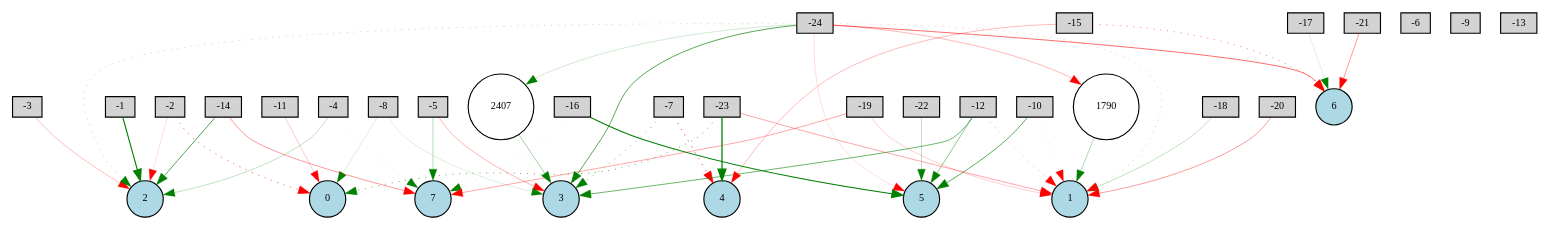
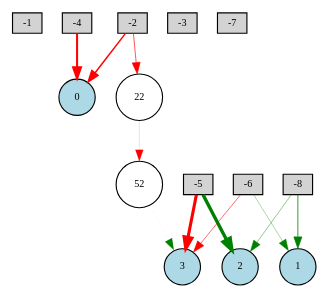
One commit to BhargavaGowda/NEAT-GymPython changed the diagram in Digraph.gv. Above: the diagram before and after it, drawn with Graphviz. The commit also changed 22 other files, not shown here.

```diff
--- a/Digraph.gv
+++ b/Digraph.gv
@@ -1,80 +1,28 @@
 digraph {
 	node [fontsize=9 height=0.2 shape=circle width=0.2]
 	-1 [fillcolor=lightgray shape=box style=filled]
 	-2 [fillcolor=lightgray shape=box style=filled]
 	-3 [fillcolor=lightgray shape=box style=filled]
 	-4 [fillcolor=lightgray shape=box style=filled]
 	-5 [fillcolor=lightgray shape=box style=filled]
 	-6 [fillcolor=lightgray shape=box style=filled]
 	-7 [fillcolor=lightgray shape=box style=filled]
 	-8 [fillcolor=lightgray shape=box style=filled]
-	-9 [fillcolor=lightgray shape=box style=filled]
-	-10 [fillcolor=lightgray shape=box style=filled]
-	-11 [fillcolor=lightgray shape=box style=filled]
-	-12 [fillcolor=lightgray shape=box style=filled]
-	-13 [fillcolor=lightgray shape=box style=filled]
-	-14 [fillcolor=lightgray shape=box style=filled]
-	-15 [fillcolor=lightgray shape=box style=filled]
-	-16 [fillcolor=lightgray shape=box style=filled]
-	-17 [fillcolor=lightgray shape=box style=filled]
-	-18 [fillcolor=lightgray shape=box style=filled]
-	-19 [fillcolor=lightgray shape=box style=filled]
-	-20 [fillcolor=lightgray shape=box style=filled]
-	-21 [fillcolor=lightgray shape=box style=filled]
-	-22 [fillcolor=lightgray shape=box style=filled]
-	-23 [fillcolor=lightgray shape=box style=filled]
-	-24 [fillcolor=lightgray shape=box style=filled]
 	0 [fillcolor=lightblue style=filled]
 	1 [fillcolor=lightblue style=filled]
 	2 [fillcolor=lightblue style=filled]
 	3 [fillcolor=lightblue style=filled]
-	4 [fillcolor=lightblue style=filled]
-	5 [fillcolor=lightblue style=filled]
-	6 [fillcolor=lightblue style=filled]
-	7 [fillcolor=lightblue style=filled]
-	2407 [fillcolor=white style=filled]
-	1790 [fillcolor=white style=filled]
-	-12 -> 5 [color=green penwidth=0.3890259513497506 style=solid]
-	-12 -> 3 [color=green penwidth=0.5115839260182323 style=solid]
-	-5 -> 3 [color=red penwidth=0.269239730042509 style=solid]
-	-2 -> 0 [color=red penwidth=0.5553057104654424 style=dotted]
-	-10 -> 5 [color=green penwidth=0.5702083500399008 style=solid]
-	-8 -> 3 [color=green penwidth=0.12188542884473799 style=solid]
-	-11 -> 0 [color=red penwidth=0.1946585438116456 style=solid]
-	-23 -> 1 [color=red penwidth=0.3083772445519988 style=solid]
-	-24 -> 5 [color=red penwidth=0.12133671520516962 style=solid]
-	-3 -> 2 [color=red penwidth=0.23092668751285816 style=solid]
-	-20 -> 1 [color=red penwidth=0.3493601803961627 style=solid]
-	-10 -> 1 [color=red penwidth=0.12579575765907436 style=dotted]
-	-1 -> 2 [color=green penwidth=0.9716676680324449 style=solid]
-	-18 -> 1 [color=green penwidth=0.21654064078978724 style=solid]
-	-19 -> 1 [color=red penwidth=0.17411892186948452 style=solid]
-	-24 -> 2 [color=green penwidth=0.22685820445801863 style=dotted]
-	-24 -> 3 [color=green penwidth=0.5898319025288228 style=solid]
-	-4 -> 2 [color=green penwidth=0.21782330810028355 style=solid]
-	-7 -> 4 [color=red penwidth=0.6798279334227355 style=dotted]
-	-8 -> 0 [color=green penwidth=0.12426359549254644 style=solid]
-	-15 -> 6 [color=red penwidth=0.4201139465903714 style=dotted]
-	-22 -> 5 [color=green penwidth=0.21730207439196675 style=solid]
-	-24 -> 1 [color=red penwidth=0.21524996846796857 style=dotted]
-	-14 -> 2 [color=green penwidth=0.6213057231214735 style=solid]
-	-23 -> 0 [color=green penwidth=0.5098852880487974 style=dotted]
-	-14 -> 7 [color=red penwidth=0.3616883844963691 style=solid]
-	-15 -> 4 [color=red penwidth=0.2435462404662835 style=solid]
-	-2 -> 2 [color=red penwidth=0.12305000233256369 style=solid]
-	-16 -> 5 [color=green penwidth=0.927148400804262 style=solid]
-	-16 -> 7 [color=green penwidth=0.12701452839973112 style=dotted]
-	-12 -> 1 [color=red penwidth=0.2903621084637995 style=dotted]
-	-19 -> 7 [color=red penwidth=0.31481105368271234 style=solid]
-	-23 -> 4 [color=green penwidth=1.118938333018458 style=solid]
-	-4 -> 7 [color=green penwidth=0.1299664901790024 style=dotted]
-	-21 -> 6 [color=red penwidth=0.3606450985530584 style=solid]
-	-24 -> 6 [color=red penwidth=0.5138028110699129 style=solid]
-	-7 -> 3 [color=green penwidth=0.4399563455351865 style=dotted]
-	-24 -> 1790 [color=red penwidth=0.25147301979273884 style=solid]
-	1790 -> 1 [color=green penwidth=0.29203590671818414 style=solid]
-	-24 -> 2407 [color=green penwidth=0.16309882177222146 style=solid]
-	2407 -> 3 [color=green penwidth=0.3225051052212691 style=solid]
-	-17 -> 6 [color=green penwidth=0.10734941804247627 style=solid]
-	-5 -> 7 [color=green penwidth=0.26153965462734186 style=solid]
+	52 [fillcolor=white style=filled]
+	22 [fillcolor=white style=filled]
+	-5 -> 2 [color=green penwidth=3.0086959065571985 style=solid]
+	-5 -> 3 [color=red penwidth=2.735663305529491 style=solid]
+	-8 -> 1 [color=green penwidth=0.7110553825017236 style=solid]
+	-2 -> 22 [color=red penwidth=0.5892933871724075 style=solid]
+	-8 -> 2 [color=green penwidth=0.38281276358105676 style=solid]
+	-4 -> 0 [color=red penwidth=1.8083926740161815 style=solid]
+	22 -> 52 [color=red penwidth=0.1251470937356992 style=solid]
+	52 -> 3 [color=green penwidth=0.10352478172416713 style=dotted]
+	-2 -> 0 [color=red penwidth=1.2647181536057035 style=solid]
+	-6 -> 3 [color=red penwidth=0.5130475538918914 style=solid]
+	-6 -> 1 [color=green penwidth=0.28868921291113636 style=solid]
 }
```
